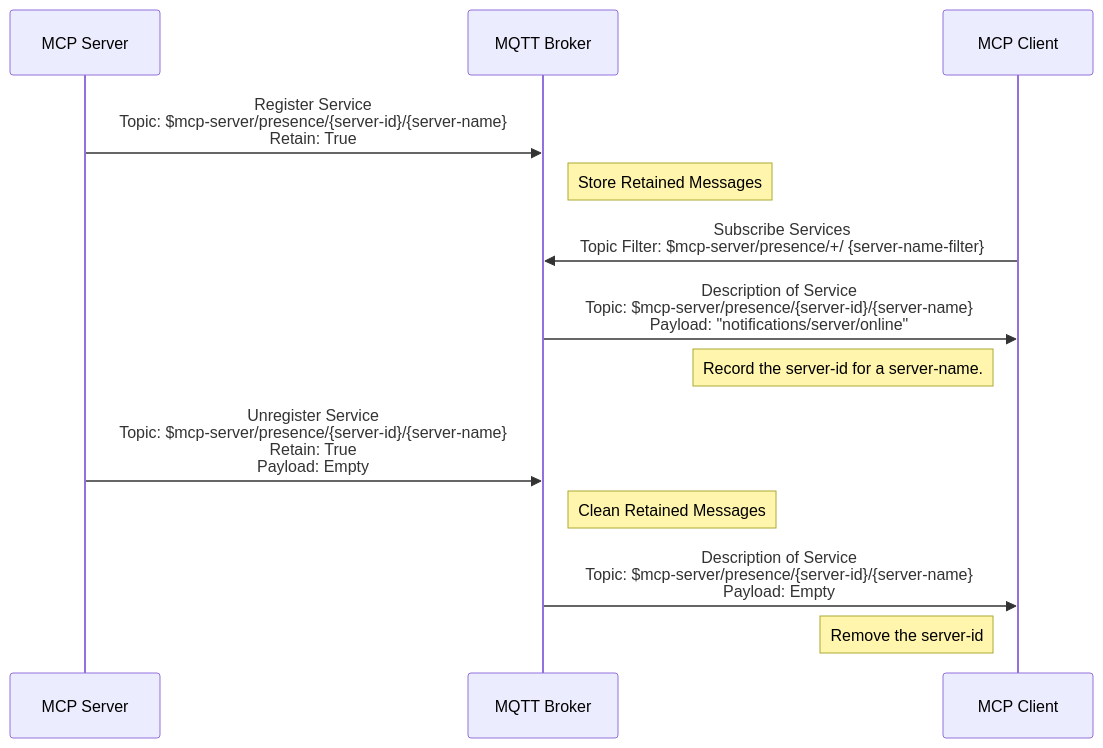
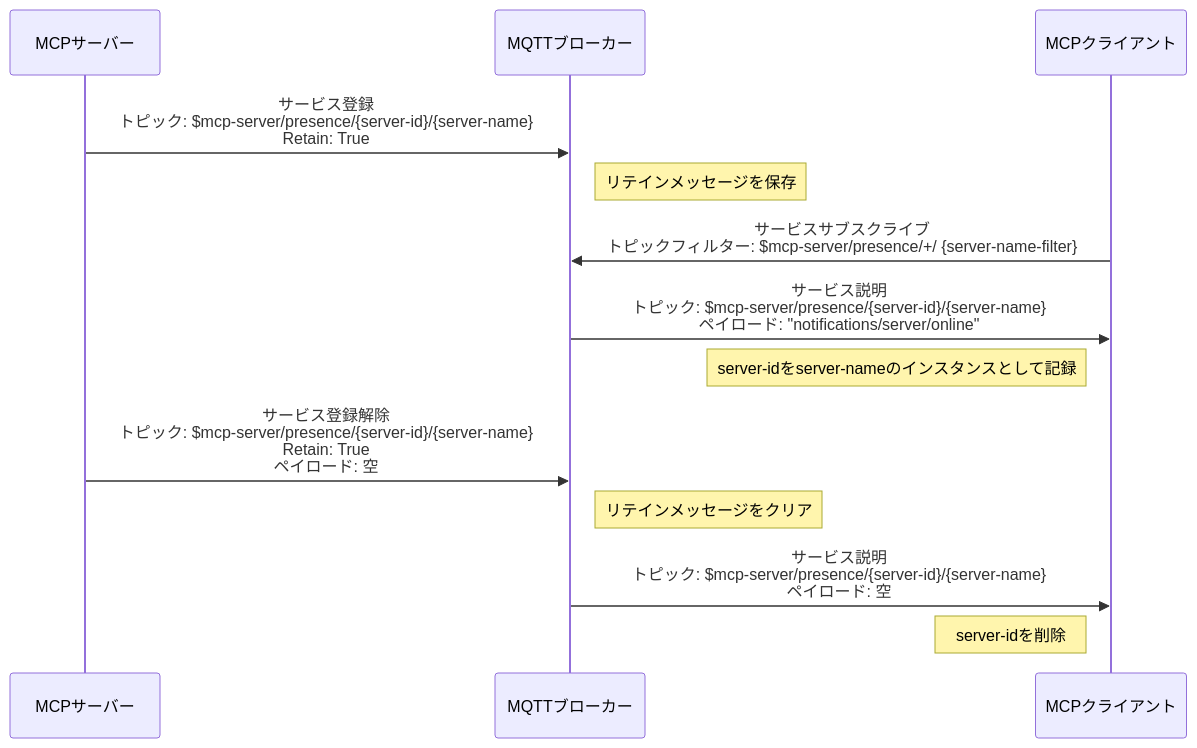
One commit to emqx/emqx-docs changed the first of 4 diagrams in ja_JP/emqx-ai/mcp-over-mqtt/specification.md. Above: the diagram before and after it, drawn with Mermaid. The commit also changed other lines of this file and 403 other files, not shown here.

````diff
--- a/ja_JP/emqx-ai/mcp-over-mqtt/specification.md
+++ b/ja_JP/emqx-ai/mcp-over-mqtt/specification.md
@@ -210,20 +209,20 @@
 ```mermaid
 sequenceDiagram
-    participant MCP_Server as MCP Server
-    participant MQTT_Broker as MQTT Broker
-    participant MCP_Client as MCP Client
+    participant MCP_Server as MCPサーバー
+    participant MQTT_Broker as MQTTブローカー
+    participant MCP_Client as MCPクライアント
 
-    MCP_Server ->> MQTT_Broker: Register Service<br/>Topic: $mcp-server/presence/{server-id}/{server-name}<br/>Retain: True
-    Note right of MQTT_Broker: Store Retained Messages
+    MCP_Server ->> MQTT_Broker: サービス登録<br/>トピック: $mcp-server/presence/{server-id}/{server-name}<br/>Retain: True
+    Note right of MQTT_Broker: リテインメッセージを保存
 
-    MCP_Client ->> MQTT_Broker: Subscribe Services<br/>Topic Filter: $mcp-server/presence/+/ {server-name-filter}
+    MCP_Client ->> MQTT_Broker: サービスサブスクライブ<br/>トピックフィルター: $mcp-server/presence/+/ {server-name-filter}
 
-    MQTT_Broker ->> MCP_Client: Description of Service<br/>Topic: $mcp-server/presence/{server-id}/{server-name}<br/>Payload: "notifications/server/online"
-    Note left of MCP_Client: Record the server-id for a server-name.
+    MQTT_Broker ->> MCP_Client: サービス説明<br/>トピック: $mcp-server/presence/{server-id}/{server-name}<br/>ペイロード: "notifications/server/online"
+    Note left of MCP_Client: server-idをserver-nameのインスタンスとして記録
 
-    MCP_Server ->> MQTT_Broker: Unregister Service<br/>Topic: $mcp-server/presence/{server-id}/{server-name}<br/>Retain: True<br/>Payload: Empty
-    Note right of MQTT_Broker: Clean Retained Messages
+    MCP_Server ->> MQTT_Broker: サービス登録解除<br/>トピック: $mcp-server/presence/{server-id}/{server-name}<br/>Retain: True<br/>ペイロード: 空
+    Note right of MQTT_Broker: リテインメッセージをクリア
 
-    MQTT_Broker ->> MCP_Client: Description of Service<br/>Topic: $mcp-server/presence/{server-id}/{server-name}<br/>Payload: Empty
-    Note left of MCP_Client: Remove the server-id
+    MQTT_Broker ->> MCP_Client: サービス説明<br/>トピック: $mcp-server/presence/{server-id}/{server-name}<br/>ペイロード: 空
+    Note left of MCP_Client: server-idを削除
 ```
````
